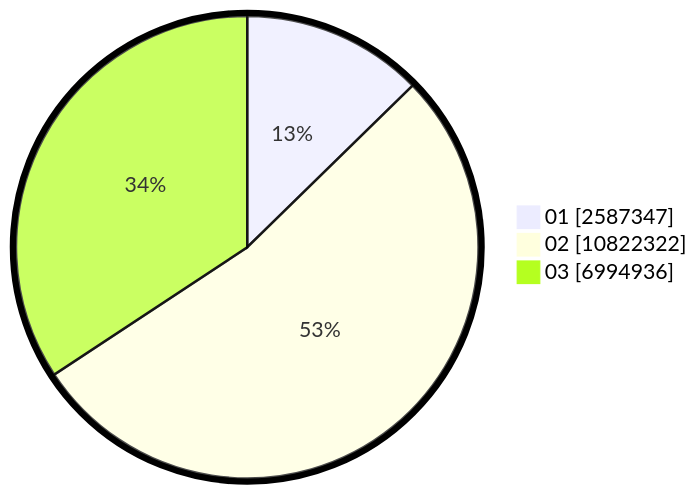
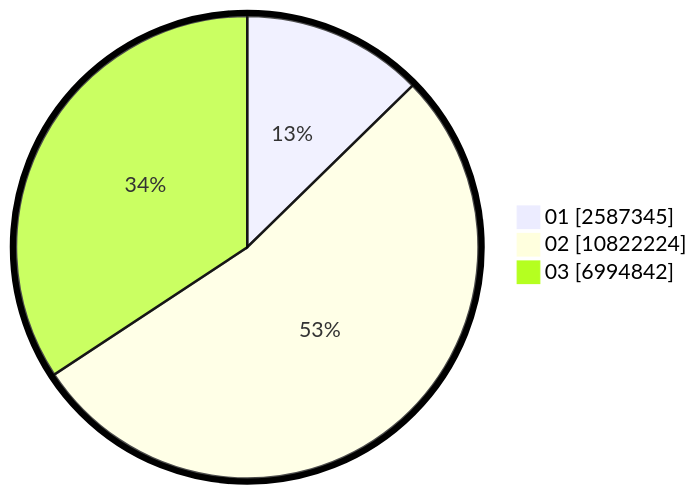
One commit to gigit-pemilu/pemilu-2024 changed the second of 2 diagrams in pilpres/hitung-suara/sub/table-wilayah-33.md. Above: the diagram before and after it, drawn with Mermaid. The commit also changed other lines of this file and 10 other files, not shown here.

````diff
--- a/pilpres/hitung-suara/sub/table-wilayah-33.md
+++ b/pilpres/hitung-suara/sub/table-wilayah-33.md
@@ -15,7 +15,7 @@
 ```mermaid
 %%{init: {"pie": {"textPosition": 0.5}, "themeVariables": {"pieOuterStrokeWidth": "5px"}} }%%
 pie showData
-    "01" : 2587347
-    "02" : 10822322
-    "03" : 6994936
+    "01" : 2587345
+    "02" : 10822224
+    "03" : 6994842
 ```
````
